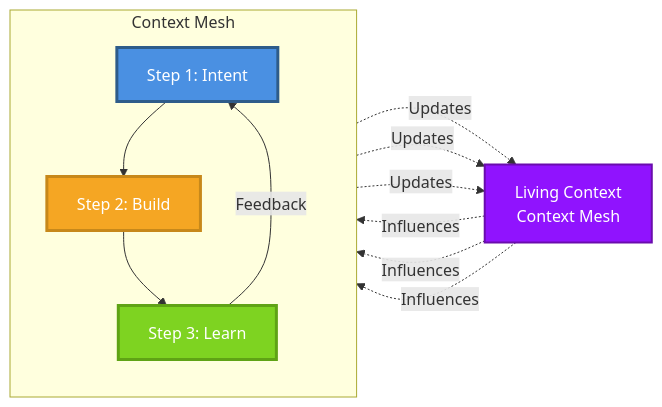
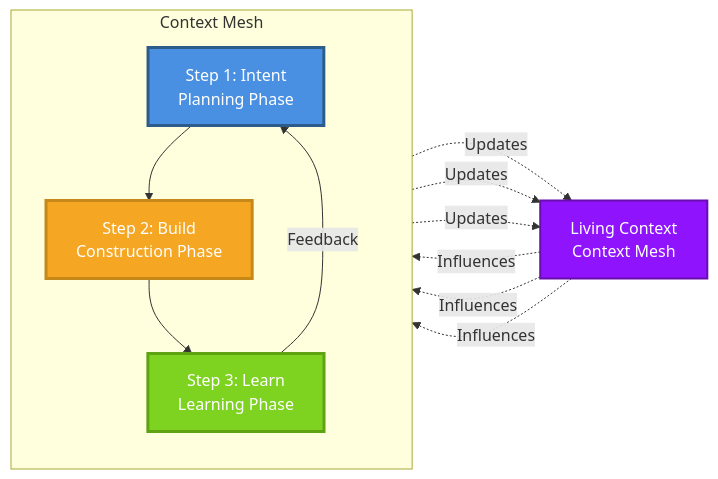
Before and after one commit to jeftarmascarenhas/context-mesh: the second of 2 diagrams in CONTEXT_MESH_DIAGRAM.md, drawn with Mermaid. The commit also changed other lines of this file, not shown here.

````diff
--- a/CONTEXT_MESH_DIAGRAM.md
+++ b/CONTEXT_MESH_DIAGRAM.md
@@ -32,22 +32,22 @@
 ```mermaid
 graph LR
     subgraph CM["Context Mesh"]
         direction TB
-        Intent[Step 1: Intent] --> Build[Step 2: Build]
-        Build --> Learn[Step 3: Learn]
+        Intent[Step 1: Intent<br/>Planning Phase] --> Build[Step 2: Build<br/>Construction Phase]
+        Build --> Learn[Step 3: Learn<br/>Learning Phase]
         Learn -->|Feedback| Intent
     end
     
     ContextMesh[Living Context<br/>Context Mesh] -.->|Influences| Intent
     ContextMesh -.->|Influences| Build
     ContextMesh -.->|Influences| Learn
     
     Intent -.->|Updates| ContextMesh
     Build -.->|Updates| ContextMesh
     Learn -.->|Updates| ContextMesh
     
     style Intent fill:#4A90E2,stroke:#2E5C8A,stroke-width:3px,color:#fff
     style Build fill:#F5A623,stroke:#C7881A,stroke-width:3px,color:#fff
     style Learn fill:#7ED321,stroke:#5FA315,stroke-width:3px,color:#fff
     style ContextMesh fill:#9013FE,stroke:#6A0DAD,stroke-width:2px,color:#fff
 ```
````
